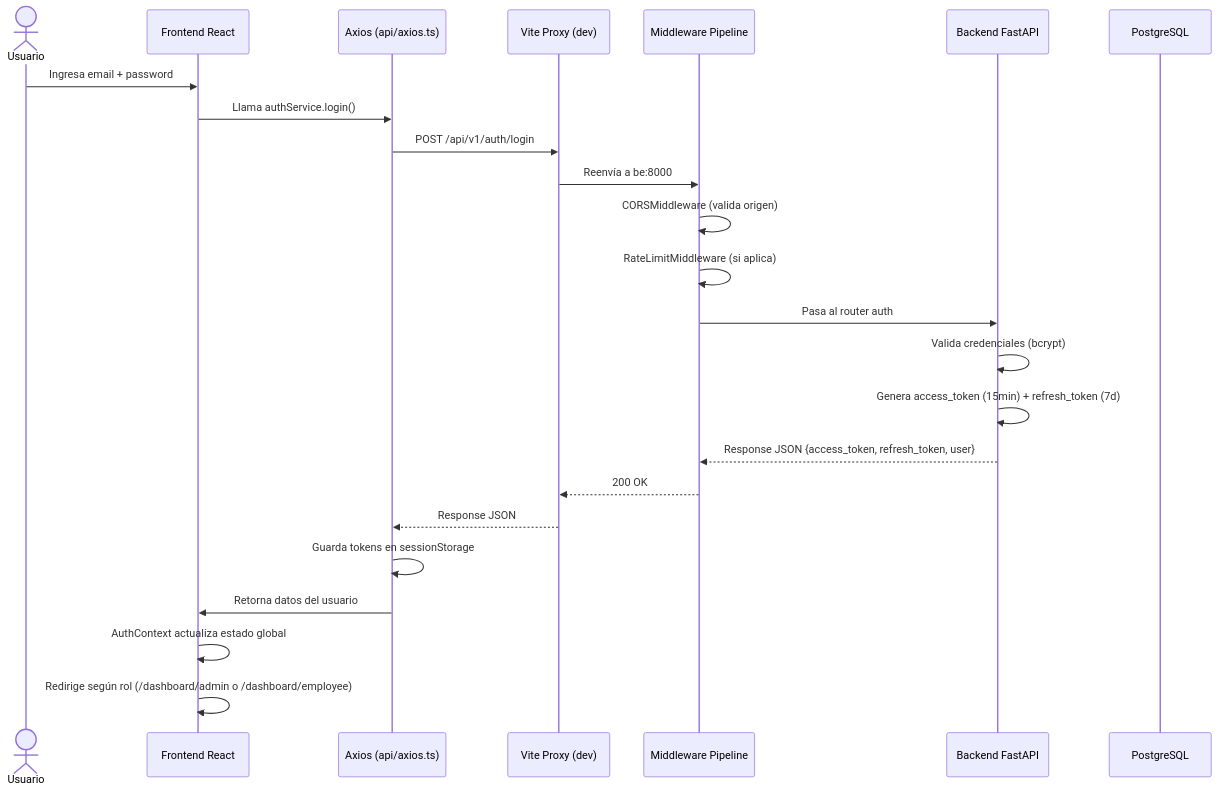
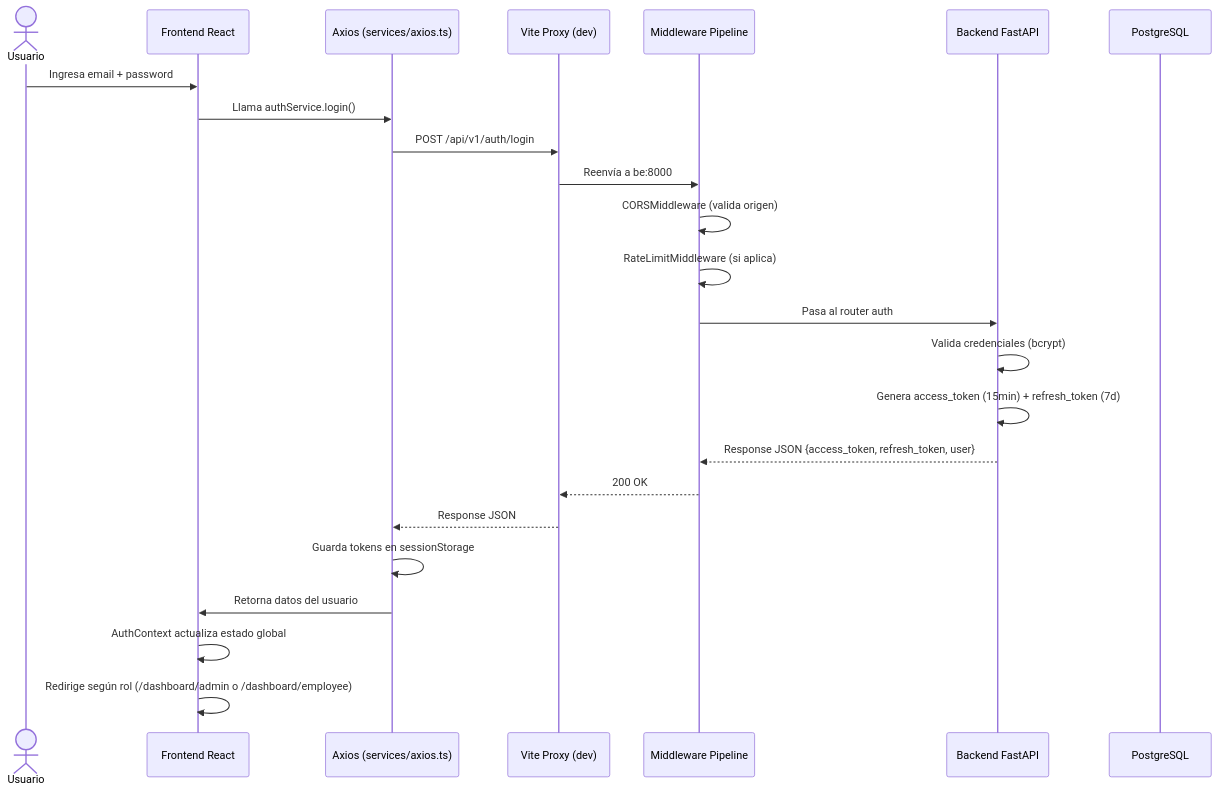
One commit to ronaldmesias5/scrum-calzado_jyr changed the first of 5 diagrams in docs/project-documentation/mapa_enrutamiento_flujo_datos.md. Above: the diagram before and after it, drawn with Mermaid. The commit also changed other lines of this file and 265 other files, not shown here.

````diff
--- a/docs/project-documentation/mapa_enrutamiento_flujo_datos.md
+++ b/docs/project-documentation/mapa_enrutamiento_flujo_datos.md
@@ -290,28 +290,28 @@
 ```mermaid
 sequenceDiagram
     actor U as Usuario
     participant FE as Frontend React
-    participant AX as Axios (api/axios.ts)
+    participant AX as Axios (services/axios.ts)
     participant VP as Vite Proxy (dev)
     participant MW as Middleware Pipeline
     participant BE as Backend FastAPI
     participant DB as PostgreSQL
 
     U->>FE: Ingresa email + password
     FE->>AX: Llama authService.login()
     AX->>VP: POST /api/v1/auth/login
     VP->>MW: Reenvía a be:8000
     MW->>MW: CORSMiddleware (valida origen)
     MW->>MW: RateLimitMiddleware (si aplica)
     MW->>BE: Pasa al router auth
 
     BE->>BE: Valida credenciales (bcrypt)
     BE->>BE: Genera access_token (15min) + refresh_token (7d)
     BE-->>MW: Response JSON {access_token, refresh_token, user}
     MW-->>VP: 200 OK
     VP-->>AX: Response JSON
     AX->>AX: Guarda tokens en sessionStorage
     AX->>FE: Retorna datos del usuario
     FE->>FE: AuthContext actualiza estado global
     FE->>FE: Redirige según rol (/dashboard/admin o /dashboard/employee)
 ```
````
